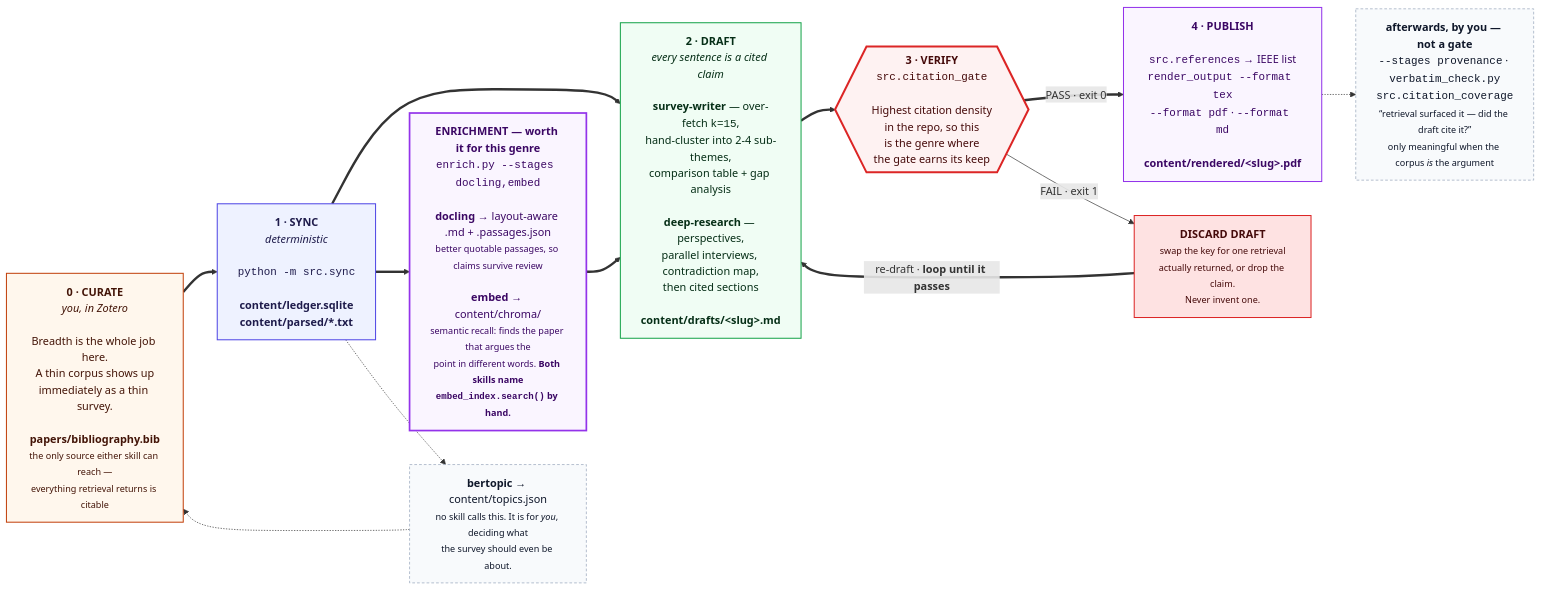
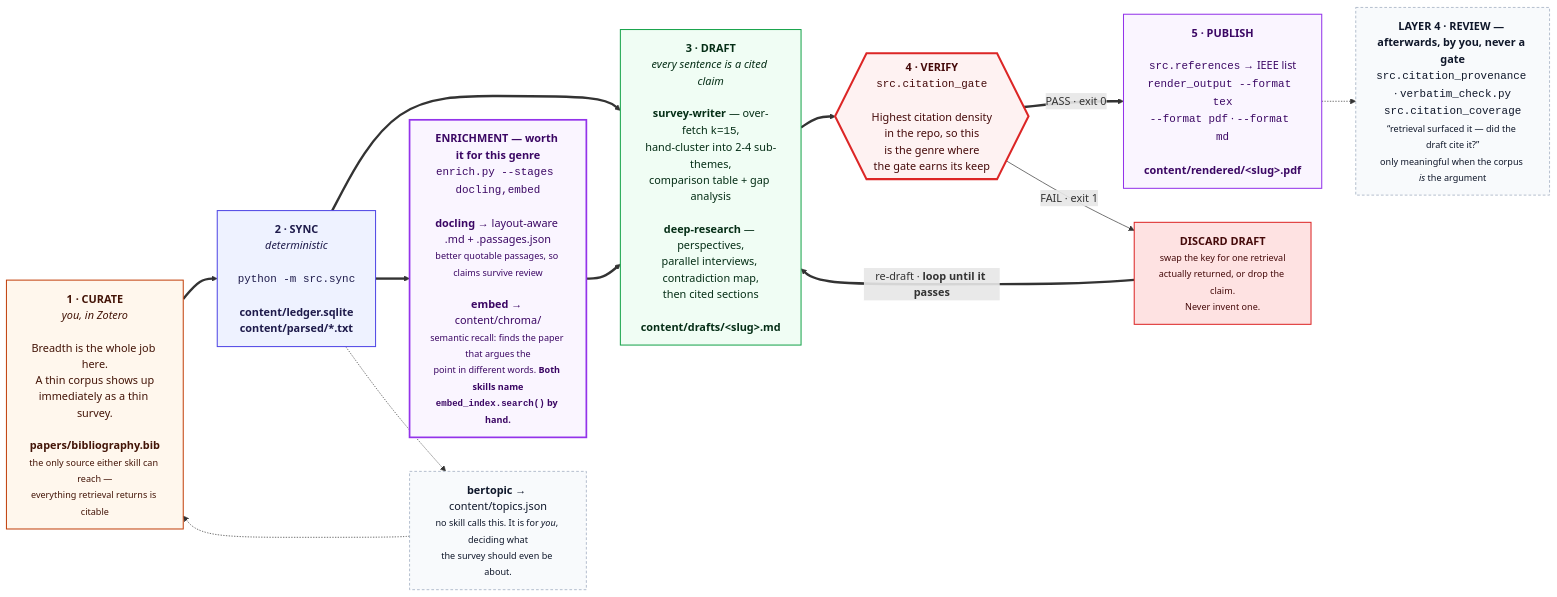
One commit to prasadtalasila/chitragupta changed the seventh of 11 diagrams in docs/DIAGRAMS.md. Above: the diagram before and after it, drawn with Mermaid. The commit also changed other lines of this file and 55 other files, not shown here.

First line of the commit message:
Give the review aids a layer, a shared per-draft output contract, and two new reports (#125)

````diff
--- a/docs/DIAGRAMS.md
+++ b/docs/DIAGRAMS.md
@@ -631,47 +631,47 @@
 ```mermaid
 flowchart LR
 
-  P0["<b>0 · CURATE</b><br/><i>you, in Zotero</i><br/><br/>Breadth is the whole job here.<br/>A thin corpus shows up<br/>immediately as a thin survey.<br/><br/><b>papers/bibliography.bib</b><br/><small>the only source either skill can reach —<br/>everything retrieval returns is citable</small>"]
+  P0["<b>1 · CURATE</b><br/><i>you, in Zotero</i><br/><br/>Breadth is the whole job here.<br/>A thin corpus shows up<br/>immediately as a thin survey.<br/><br/><b>papers/bibliography.bib</b><br/><small>the only source either skill can reach —<br/>everything retrieval returns is citable</small>"]
 
-  P1["<b>1 · SYNC</b><br/><i>deterministic</i><br/><br/><code>python -m src.sync</code><br/><br/><b>content/ledger.sqlite</b><br/><b>content/parsed/*.txt</b>"]
+  P1["<b>2 · SYNC</b><br/><i>deterministic</i><br/><br/><code>python -m src.sync</code><br/><br/><b>content/ledger.sqlite</b><br/><b>content/parsed/*.txt</b>"]
 
   HEAVY["<b>ENRICHMENT — worth it for this genre</b><br/><code>enrich.py --stages docling,embed</code><br/><br/><b>docling</b> → layout-aware .md + .passages.json<br/><small>better quotable passages, so claims survive review</small><br/><br/><b>embed</b> → content/chroma/<br/><small>semantic recall: finds the paper that argues the<br/>point in different words. <b>Both skills name<br/><code>embed_index.search()</code> by hand.</b></small>"]
 
-  P2["<b>2 · DRAFT</b><br/><i>every sentence is a cited claim</i><br/><br/><b>survey-writer</b> — over-fetch <code>k=15</code>,<br/>hand-cluster into 2-4 sub-themes,<br/>comparison table + gap analysis<br/><br/><b>deep-research</b> — perspectives,<br/>parallel interviews, contradiction map,<br/>then cited sections<br/><br/><b>content/drafts/&lt;slug&gt;.md</b>"]
+  P2["<b>3 · DRAFT</b><br/><i>every sentence is a cited claim</i><br/><br/><b>survey-writer</b> — over-fetch <code>k=15</code>,<br/>hand-cluster into 2-4 sub-themes,<br/>comparison table + gap analysis<br/><br/><b>deep-research</b> — perspectives,<br/>parallel interviews, contradiction map,<br/>then cited sections<br/><br/><b>content/drafts/&lt;slug&gt;.md</b>"]
 
-  P3{{"<b>3 · VERIFY</b><br/><code>src.citation_gate</code><br/><br/>Highest citation density<br/>in the repo, so this<br/>is the genre where<br/>the gate earns its keep"}}
+  P3{{"<b>4 · VERIFY</b><br/><code>src.citation_gate</code><br/><br/>Highest citation density<br/>in the repo, so this<br/>is the genre where<br/>the gate earns its keep"}}
 
   FIX["<b>DISCARD DRAFT</b><br/><small>swap the key for one retrieval<br/>actually returned, or drop the claim.<br/>Never invent one.</small>"]
 
-  P4["<b>4 · PUBLISH</b><br/><br/><code>src.references</code> → IEEE list<br/><code>render_output --format tex</code><br/><code>--format pdf</code> · <code>--format md</code><br/><br/><b>content/rendered/&lt;slug&gt;.pdf</b>"]
+  P4["<b>5 · PUBLISH</b><br/><br/><code>src.references</code> → IEEE list<br/><code>render_output --format tex</code><br/><code>--format pdf</code> · <code>--format md</code><br/><br/><b>content/rendered/&lt;slug&gt;.pdf</b>"]
 
-  AID["<b>afterwards, by you — not a gate</b><br/><code>--stages provenance</code> · <code>verbatim_check.py</code><br/><code>src.citation_coverage</code><br/><small>“retrieval surfaced it — did the draft cite it?”<br/>only meaningful when the corpus <i>is</i> the argument</small>"]
+  AID["<b>LAYER 4 · REVIEW — afterwards, by you, never a gate</b><br/><code>src.citation_provenance</code> · <code>verbatim_check.py</code><br/><code>src.citation_coverage</code><br/><small>“retrieval surfaced it — did the draft cite it?”<br/>only meaningful when the corpus <i>is</i> the argument</small>"]
 
   BERT["<b>bertopic</b> → content/topics.json<br/><small>no skill calls this. It is for <i>you</i>, deciding what<br/>the survey should even be about.</small>"]
 
   P0 ==> P1 ==> P2 ==> P3
   P1 ==> HEAVY ==> P2
   P3 == "PASS · exit 0" ==> P4
   P3 -- "FAIL · exit 1" --> FIX
   FIX == "re-draft · <b>loop until it passes</b>" ==> P2
   P4 -.-> AID
   P1 -.-> BERT -.-> P0
 
   classDef you fill:#fff7ed,stroke:#c2410c,stroke-width:1.5px,color:#431407
   classDef det fill:#eef2ff,stroke:#4f46e5,stroke-width:1.5px,color:#1e1b4b
   classDef gen fill:#f0fdf4,stroke:#16a34a,stroke-width:1.5px,color:#052e16
   classDef gate fill:#fef2f2,stroke:#dc2626,stroke-width:3px,color:#450a0a
   classDef out fill:#faf5ff,stroke:#9333ea,stroke-width:1.5px,color:#3b0764
   classDef bad fill:#fee2e2,stroke:#dc2626,stroke-width:1.5px,color:#450a0a
   classDef heavy fill:#faf5ff,stroke:#9333ea,stroke-width:2.5px,color:#3b0764
   classDef aid fill:#f8fafc,stroke:#94a3b8,stroke-dasharray:4 3,color:#0f172a
 
   class P0 you
   class P1 det
   class P2 gen
   class P3 gate
   class P4 out
   class FIX bad
   class HEAVY heavy
   class AID,BERT aid
 ```
````
